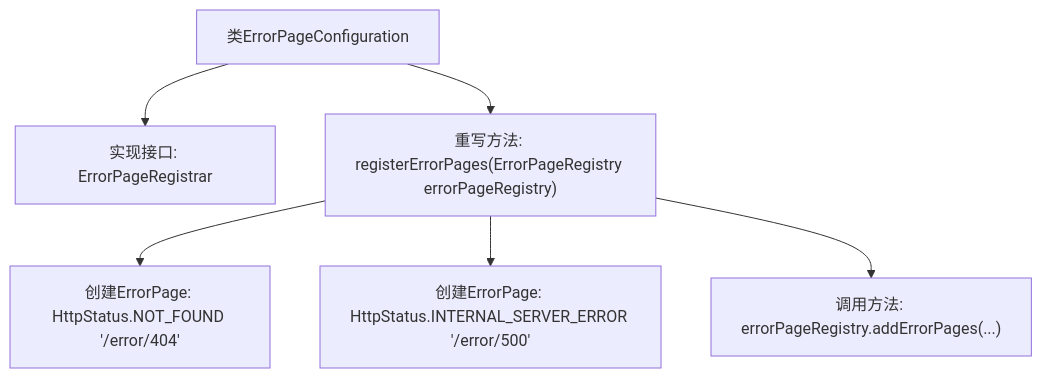
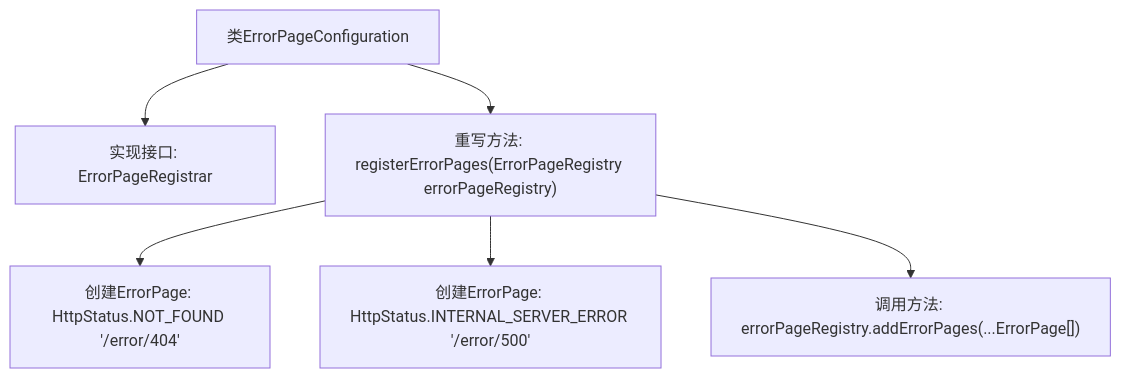
Before and after one commit to v-wjrong/binary_weixin-java-miniapp-demo: the second of 2 diagrams in docs/zh/docs/src/main/java/com/github/binarywang/demo/wx/miniapp/error/ErrorPageConfiguration.md, drawn with Mermaid. The commit also changed other lines of this file and 47 other files, not shown here.

````diff
--- a/docs/zh/docs/src/main/java/com/github/binarywang/demo/wx/miniapp/error/ErrorPageConfiguration.md
+++ b/docs/zh/docs/src/main/java/com/github/binarywang/demo/wx/miniapp/error/ErrorPageConfiguration.md
@@ -71,15 +71,15 @@
 ```mermaid
 graph TD
     A["类ErrorPageConfiguration"]
     B["实现接口: ErrorPageRegistrar"]
     C["重写方法: registerErrorPages(ErrorPageRegistry errorPageRegistry)"]
     D["创建ErrorPage: HttpStatus.NOT_FOUND '/error/404'"]
     E["创建ErrorPage: HttpStatus.INTERNAL_SERVER_ERROR '/error/500'"]
-    F["调用方法: errorPageRegistry.addErrorPages(...)"]
-    
+    F["调用方法: errorPageRegistry.addErrorPages(...ErrorPage[])"]
+
     A --> B
     A --> C
     C --> D
     C --> E
     C --> F
 ```
````
